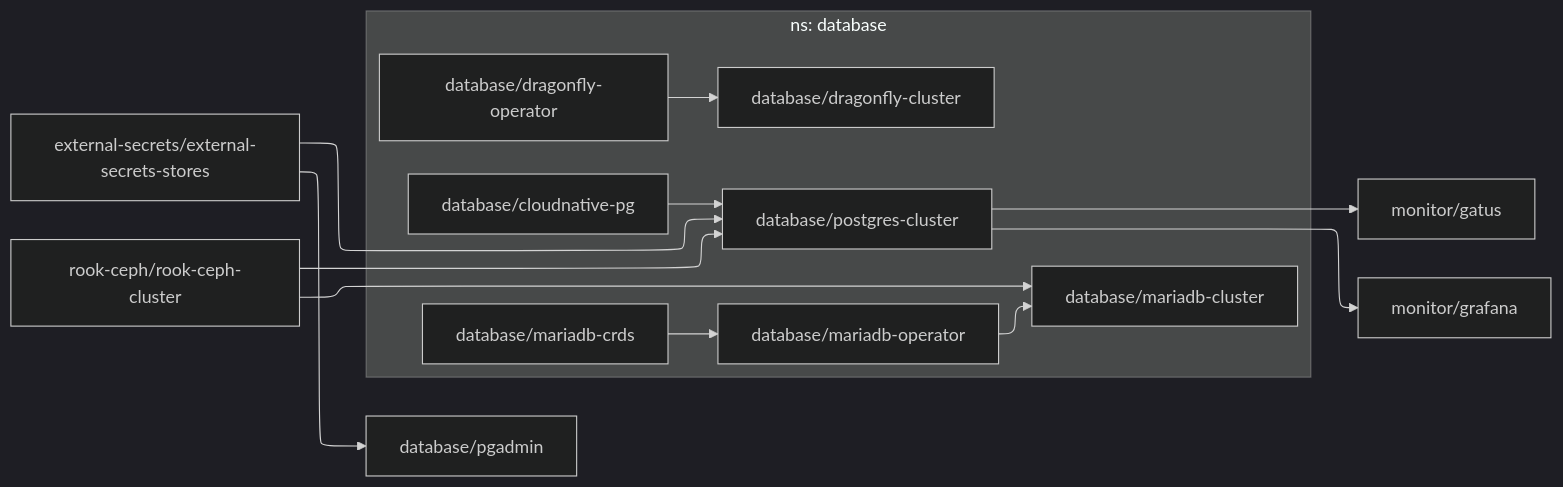
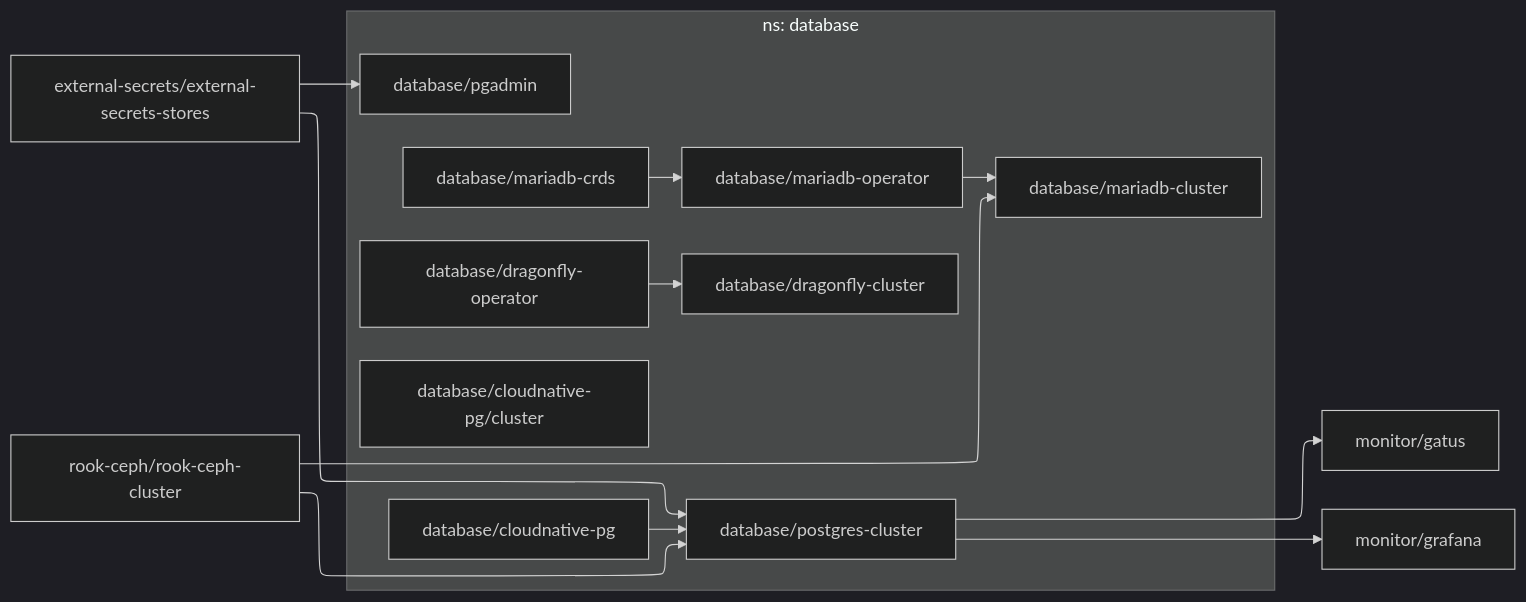
Before and after one commit to roblandry/home-ops: the diagram in dependencies/DEPENDENCIES-database.md, drawn with Mermaid (dark theme). The commit also changed 23 other files, not shown here.

````diff
--- a/dependencies/DEPENDENCIES-database.md
+++ b/dependencies/DEPENDENCIES-database.md
@@ -1,20 +1,28 @@
 ```mermaid
 ---
 config:
   layout: elk
 ---
 flowchart LR
 
   subgraph "ns: database"
+    database/cloudnative-pg
+    database/cloudnative-pg/cluster
+    database/dragonfly-cluster
+    database/dragonfly-operator
+    database/mariadb-cluster
+    database/mariadb-crds
+    database/mariadb-operator
+    database/pgadmin
     database/cloudnative-pg --> database/postgres-cluster
     database/dragonfly-operator --> database/dragonfly-cluster
     database/mariadb-crds --> database/mariadb-operator
     database/mariadb-operator --> database/mariadb-cluster
   end
   database/postgres-cluster --> monitor/gatus
   database/postgres-cluster --> monitor/grafana
   external-secrets/external-secrets-stores --> database/pgadmin
   external-secrets/external-secrets-stores --> database/postgres-cluster
   rook-ceph/rook-ceph-cluster --> database/mariadb-cluster
   rook-ceph/rook-ceph-cluster --> database/postgres-cluster
 ```
````
